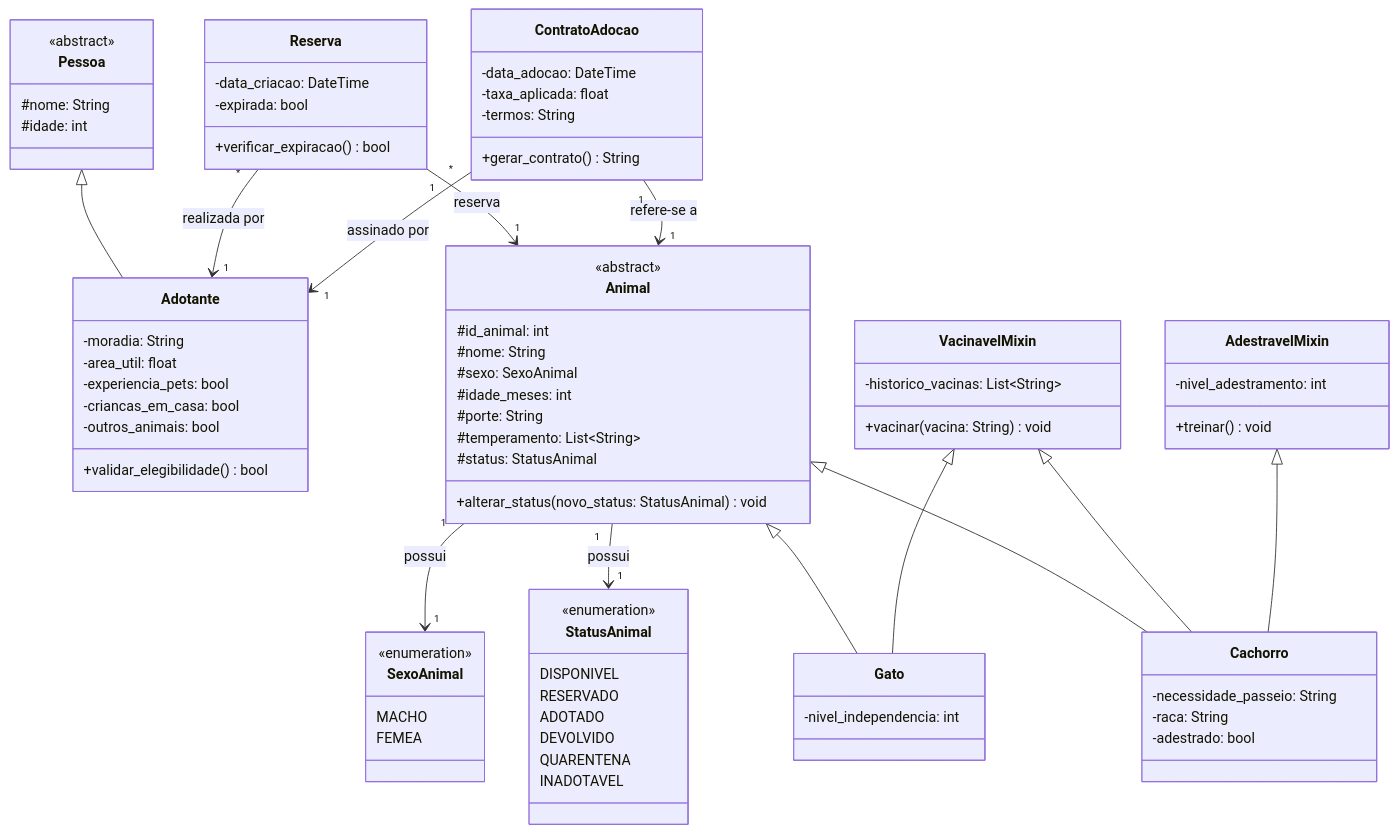
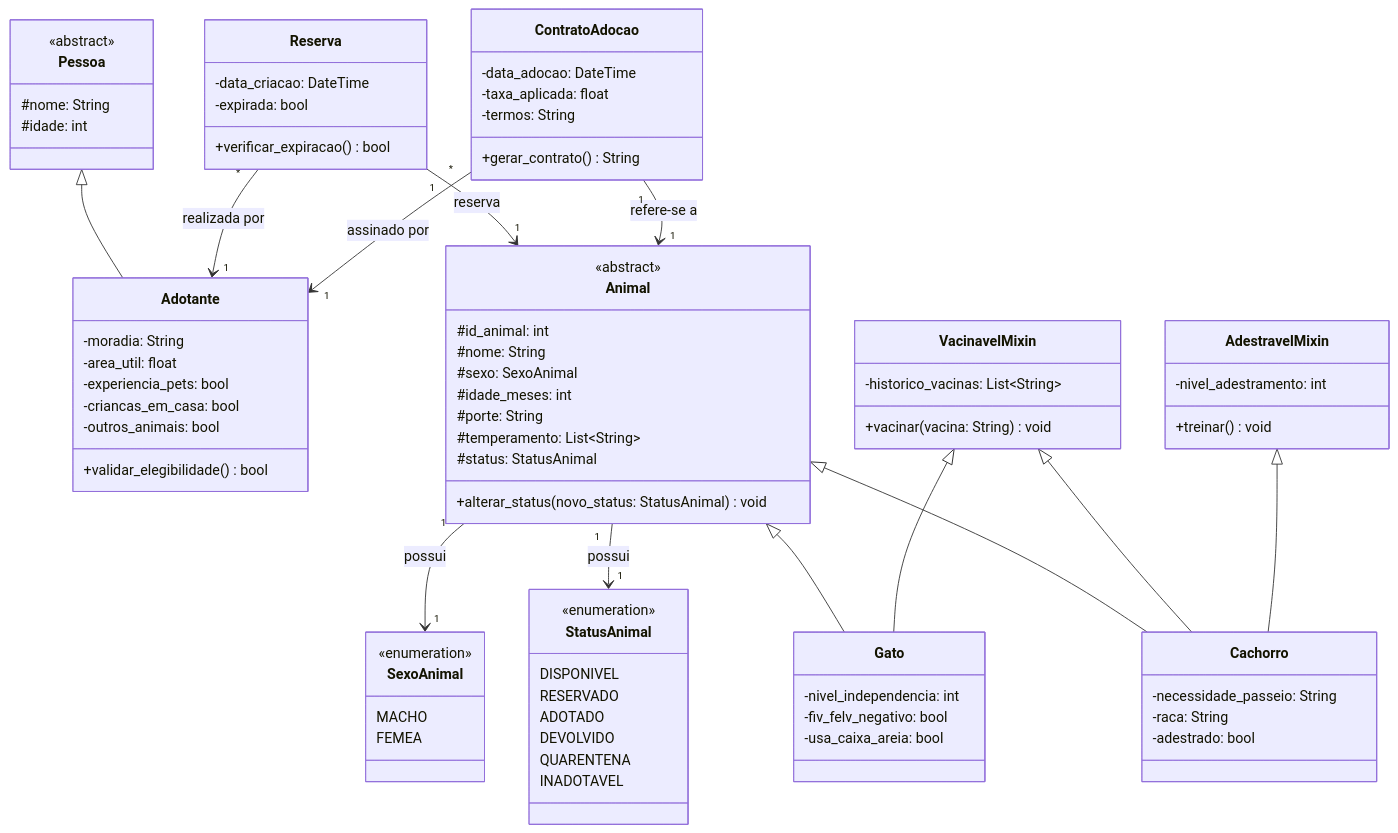
Before and after one commit to DaviGrgrio/SistemaDeAdocaoDeAnimais: the diagram in docs/UML.md, drawn with Mermaid. The commit also changed 1 other file, not shown here.

Commit message:
feat: adiciona classe concreta gato e novos atributos ao mesmo no UML

```diff
--- a/docs/UML.md
+++ b/docs/UML.md
@@ -64,6 +64,8 @@
 
     class Gato {
         -nivel_independencia: int
+        -fiv_felv_negativo: bool
+        -usa_caixa_areia: bool
     }
 
     class Reserva {
```
